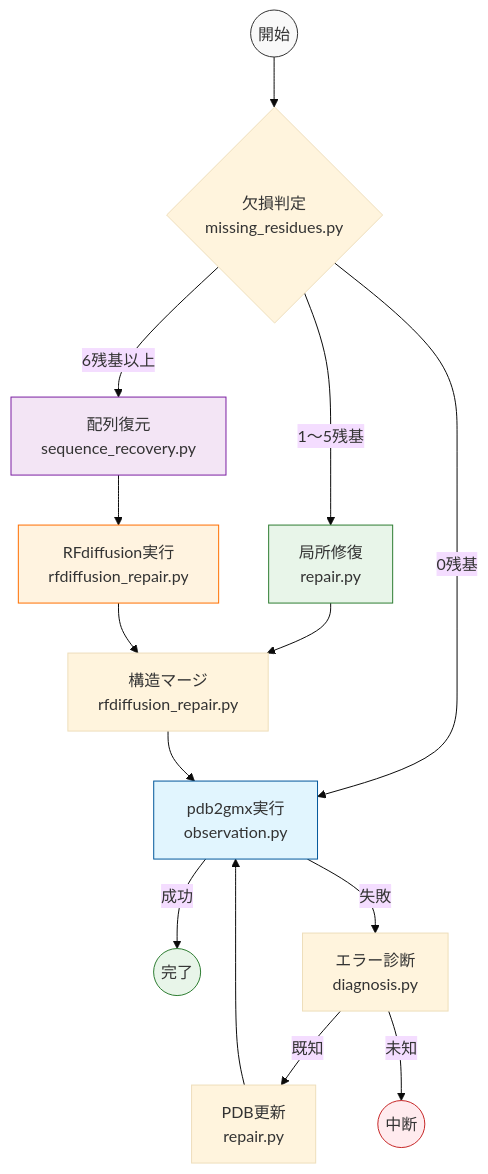
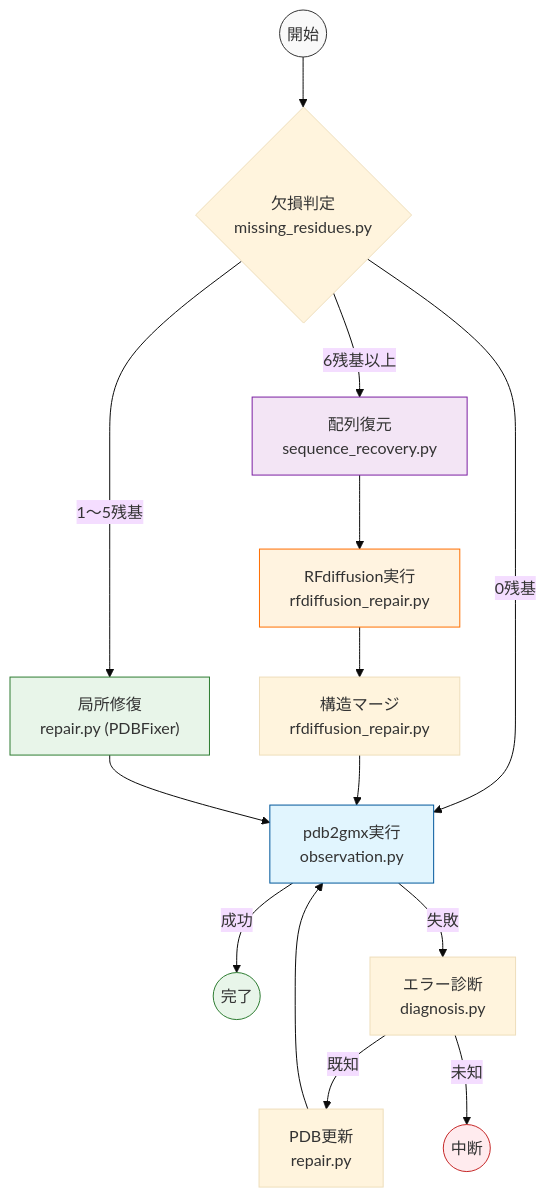
One commit to nakamura26002002921-a11y/gromacs_recovery changed the first of 3 diagrams in README.md. Above: the diagram before and after it, drawn with Mermaid (base theme).

````diff
--- a/README.md
+++ b/README.md
@@ -9,30 +9,30 @@
 ```mermaid
 graph TD
     Start(("開始")) --> Check{"欠損判定<br>missing_residues.py"}
     
     Check -->|6残基以上| SeqRec["配列復元<br>sequence_recovery.py"]
-    Check -->|1〜5残基| PDBFix["局所修復<br>repair.py"]
+    Check -->|1〜5残基| PDBFix["局所修復<br>repair.py (PDBFixer)"]
     Check -->|0残基| RunGmx["pdb2gmx実行<br>observation.py"]
     
     SeqRec --> RFDiff["RFdiffusion実行<br>rfdiffusion_repair.py"]
-    PDBFix --> Merge["構造マージ<br>rfdiffusion_repair.py"]
-    RFDiff --> Merge
+    RFDiff --> Merge["構造マージ<br>rfdiffusion_repair.py"]
     
     Merge --> RunGmx
+    PDBFix --> RunGmx
     
     RunGmx -->|成功| Save(("完了"))
     RunGmx -->|失敗| Diag["エラー診断<br>diagnosis.py"]
     
     Diag -->|既知| Update["PDB更新<br>repair.py"]
     Diag -->|未知| Fail(("中断"))
     
     Update --> RunGmx
 
     style Start fill:#f9f9f9,stroke:#333
     style RunGmx fill:#e1f5fe,stroke:#01579b
     style RFDiff fill:#fff3e0,stroke:#ff6f00
     style PDBFix fill:#e8f5e9,stroke:#2e7d32
     style SeqRec fill:#f3e5f5,stroke:#7b1fa2
     style Save fill:#e8f5e9,stroke:#2e7d32
     style Fail fill:#ffebee,stroke:#c62828
 ```
````
